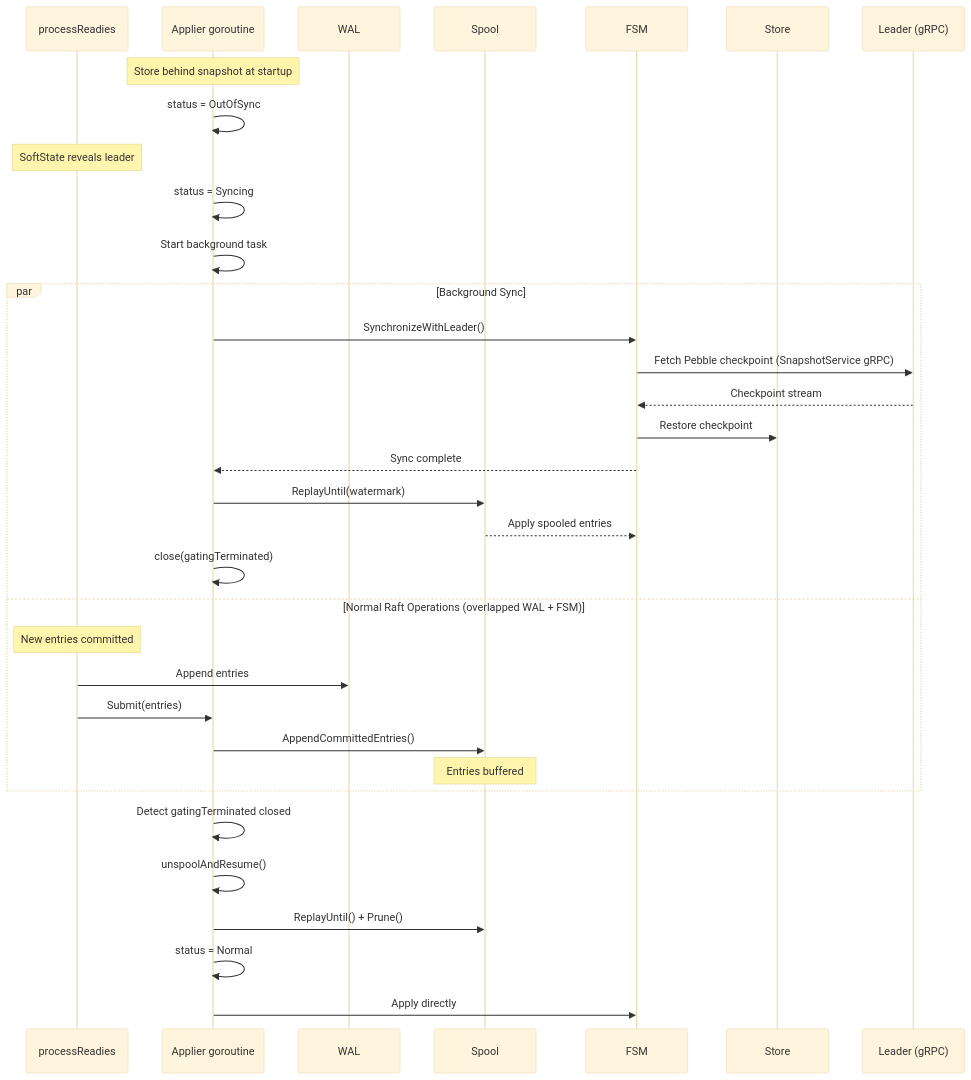
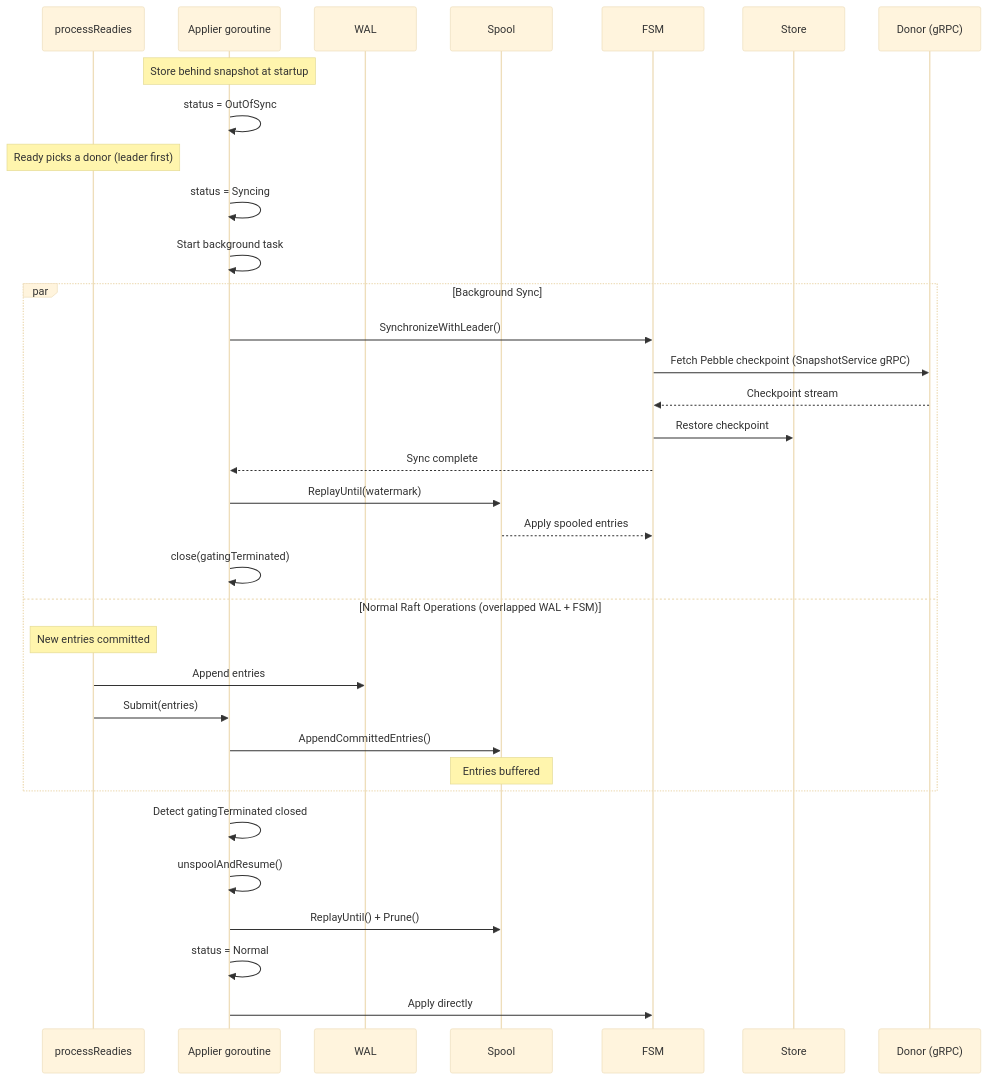
One commit to formancehq/ledger changed the fourth of 10 diagrams in docs/technical/architecture/data-flows.md. Above: the diagram before and after it, drawn with Mermaid (base theme). The commit also changed other lines of this file and 13 other files, not shown here.

````diff
--- a/docs/technical/architecture/data-flows.md
+++ b/docs/technical/architecture/data-flows.md
@@ -292,39 +323,39 @@
 ```mermaid
 sequenceDiagram
     participant Node as processReadies
     participant Applier as Applier goroutine
     participant WAL
     participant Spool
     participant FSM
     participant Store
-    participant Leader as Leader (gRPC)
+    participant Donor as Donor (gRPC)
 
     Note over Applier: Store behind snapshot at startup
     Applier->>Applier: status = OutOfSync
-    Note over Node: SoftState reveals leader
+    Note over Node: Ready picks a donor (leader first)
     Applier->>Applier: status = Syncing
     Applier->>Applier: Start background task
 
     par Background Sync
         Applier->>FSM: SynchronizeWithLeader()
-        FSM->>Leader: Fetch Pebble checkpoint (SnapshotService gRPC)
-        Leader-->>FSM: Checkpoint stream
+        FSM->>Donor: Fetch Pebble checkpoint (SnapshotService gRPC)
+        Donor-->>FSM: Checkpoint stream
         FSM->>Store: Restore checkpoint
         FSM-->>Applier: Sync complete
         Applier->>Spool: ReplayUntil(watermark)
         Spool-->>FSM: Apply spooled entries
         Applier->>Applier: close(gatingTerminated)
     and Normal Raft Operations (overlapped WAL + FSM)
         Note over Node: New entries committed
         Node->>WAL: Append entries
         Node->>Applier: Submit(entries)
         Applier->>Spool: AppendCommittedEntries()
         Note over Spool: Entries buffered
     end
 
     Applier->>Applier: Detect gatingTerminated closed
     Applier->>Applier: unspoolAndResume()
     Applier->>Spool: ReplayUntil() + Prune()
     Applier->>Applier: status = Normal
     Applier->>FSM: Apply directly
 ```
````
